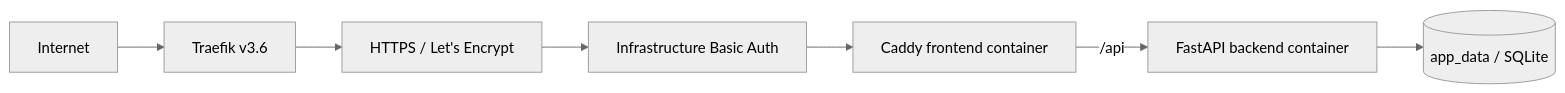
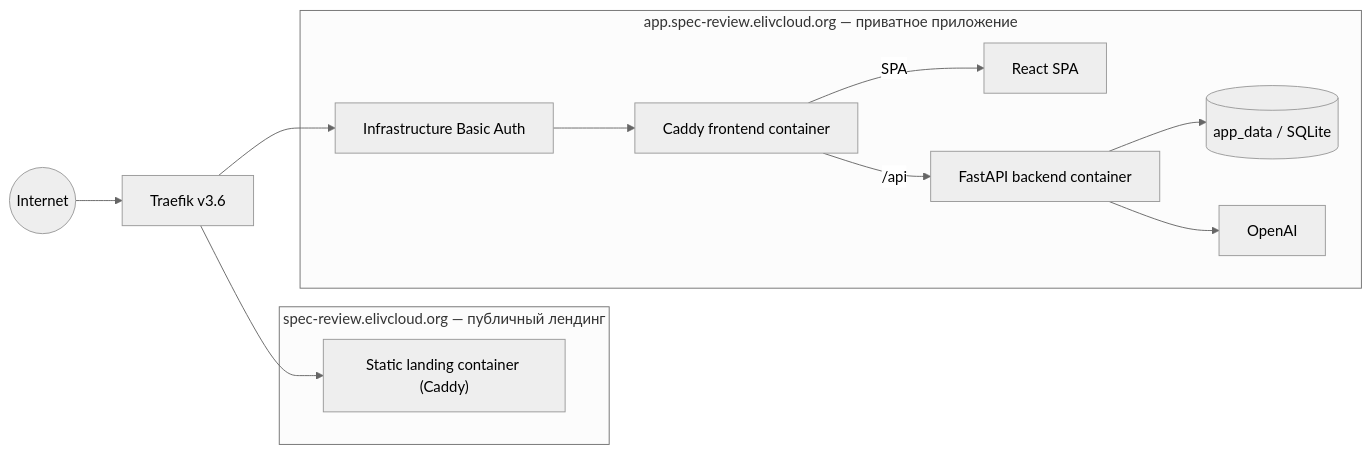
One commit to eliv1982/ai-spec-review-risk-assistant changed the second of 2 diagrams in docs/ARCHITECTURE.md. Above: the diagram before and after it, drawn with Mermaid (neutral theme). The commit also changed other lines of this file and 2 other files, not shown here.

````diff
--- a/docs/ARCHITECTURE.md
+++ b/docs/ARCHITECTURE.md
@@ -225,9 +226,19 @@
 ```mermaid
 flowchart LR
-  Internet --> Traefik["Traefik v3.6"]
-  Traefik --> TLS["HTTPS / Let's Encrypt"]
-  TLS --> Auth["Infrastructure Basic Auth"]
-  Auth --> Caddy["Caddy frontend container"]
-  Caddy -->|"/api"| FastAPI["FastAPI backend container"]
-  FastAPI --> Volume[("app_data / SQLite")]
+  Internet((Internet)) --> Traefik["Traefik v3.6"]
+
+  subgraph Public["spec-review.elivcloud.org — публичный лендинг"]
+    Landing["Static landing container (Caddy)"]
+  end
+
+  subgraph Private["app.spec-review.elivcloud.org — приватное приложение"]
+    Auth["Infrastructure Basic Auth"] --> Caddy["Caddy frontend container"]
+    Caddy -->|"SPA"| SPA["React SPA"]
+    Caddy -->|"/api"| FastAPI["FastAPI backend container"]
+    FastAPI --> SQLite[("app_data / SQLite")]
+    FastAPI --> OpenAI["OpenAI"]
+  end
+
+  Traefik --> Landing
+  Traefik --> Auth
 ```
````
